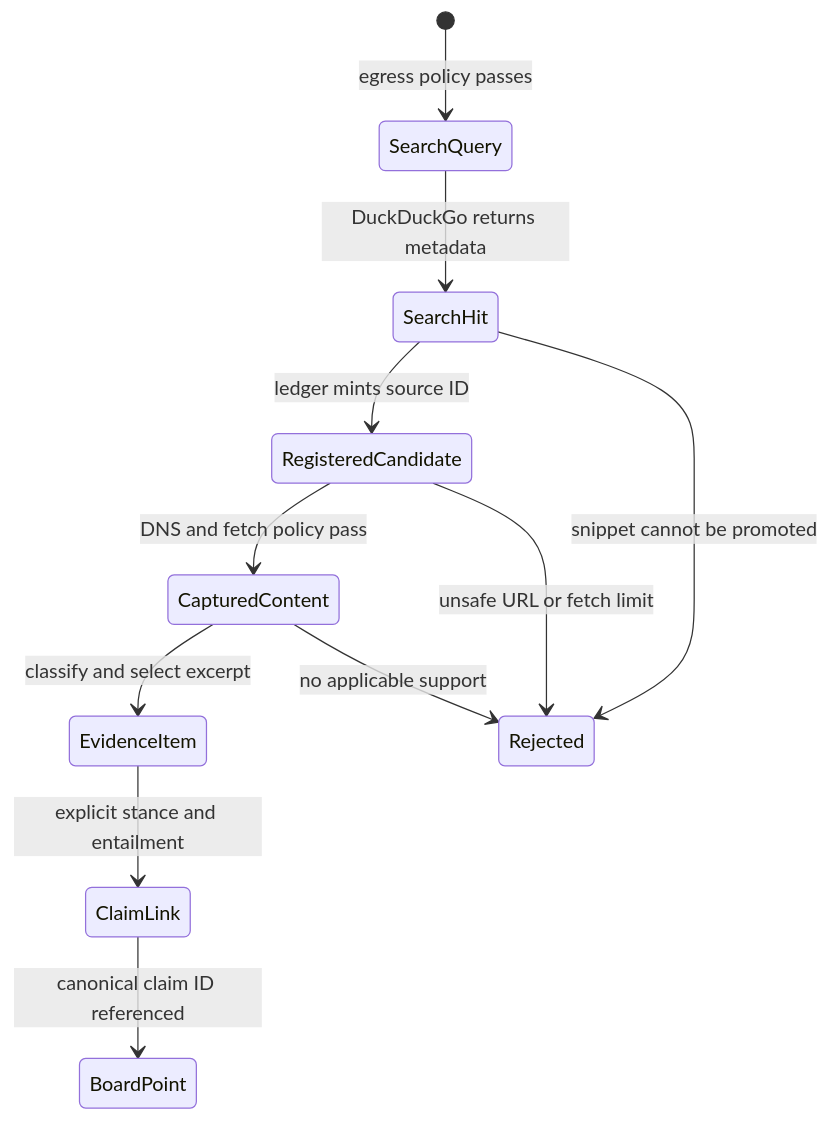
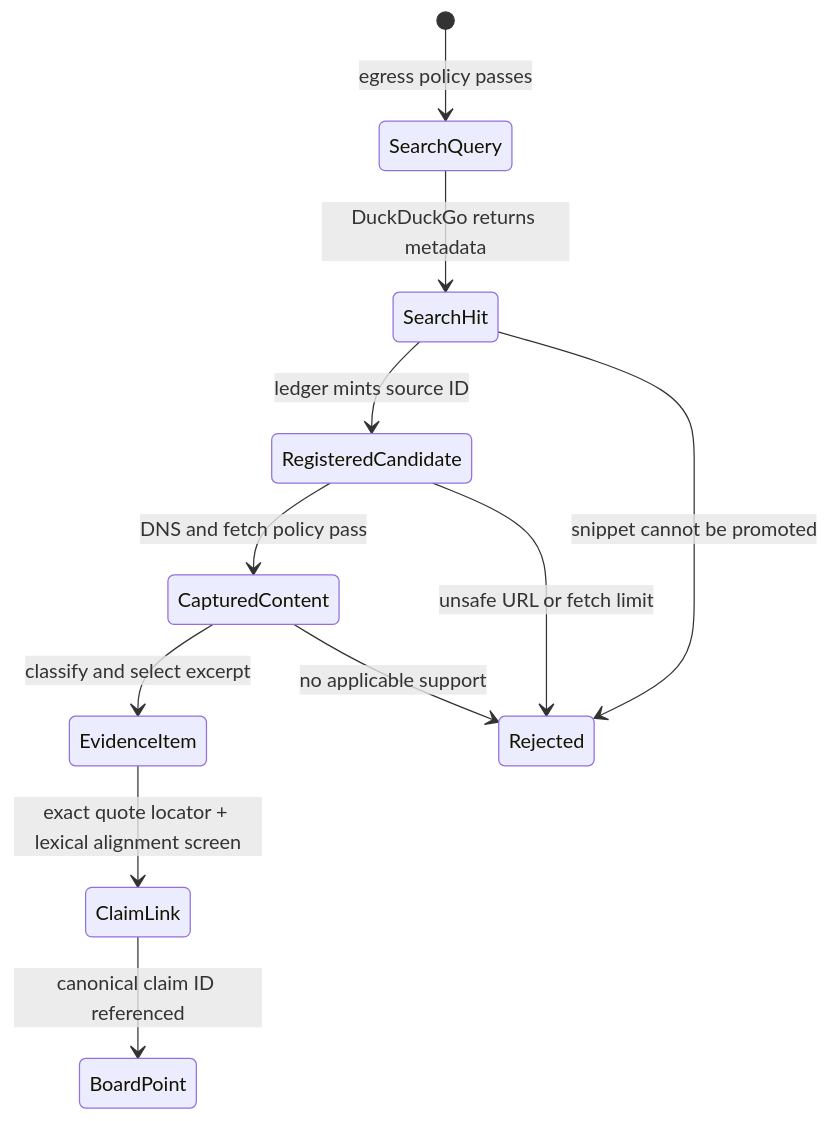
One commit to sw30labs/PorterForcesAI changed the fourth of 5 diagrams in docs/technical/architecture.md. Above: the diagram before and after it, drawn with Mermaid. The commit also changed other lines of this file and 14 other files, not shown here.

````diff
--- a/docs/technical/architecture.md
+++ b/docs/technical/architecture.md
@@ -177,13 +200,13 @@
 ```mermaid
 stateDiagram-v2
     [*] --> SearchQuery: egress policy passes
     SearchQuery --> SearchHit: DuckDuckGo returns metadata
     SearchHit --> RegisteredCandidate: ledger mints source ID
     RegisteredCandidate --> CapturedContent: DNS and fetch policy pass
     RegisteredCandidate --> Rejected: unsafe URL or fetch limit
     CapturedContent --> EvidenceItem: classify and select excerpt
-    EvidenceItem --> ClaimLink: explicit stance and entailment
+    EvidenceItem --> ClaimLink: exact quote locator + lexical alignment screen
     ClaimLink --> BoardPoint: canonical claim ID referenced
     SearchHit --> Rejected: snippet cannot be promoted
     CapturedContent --> Rejected: no applicable support
 ```
````
